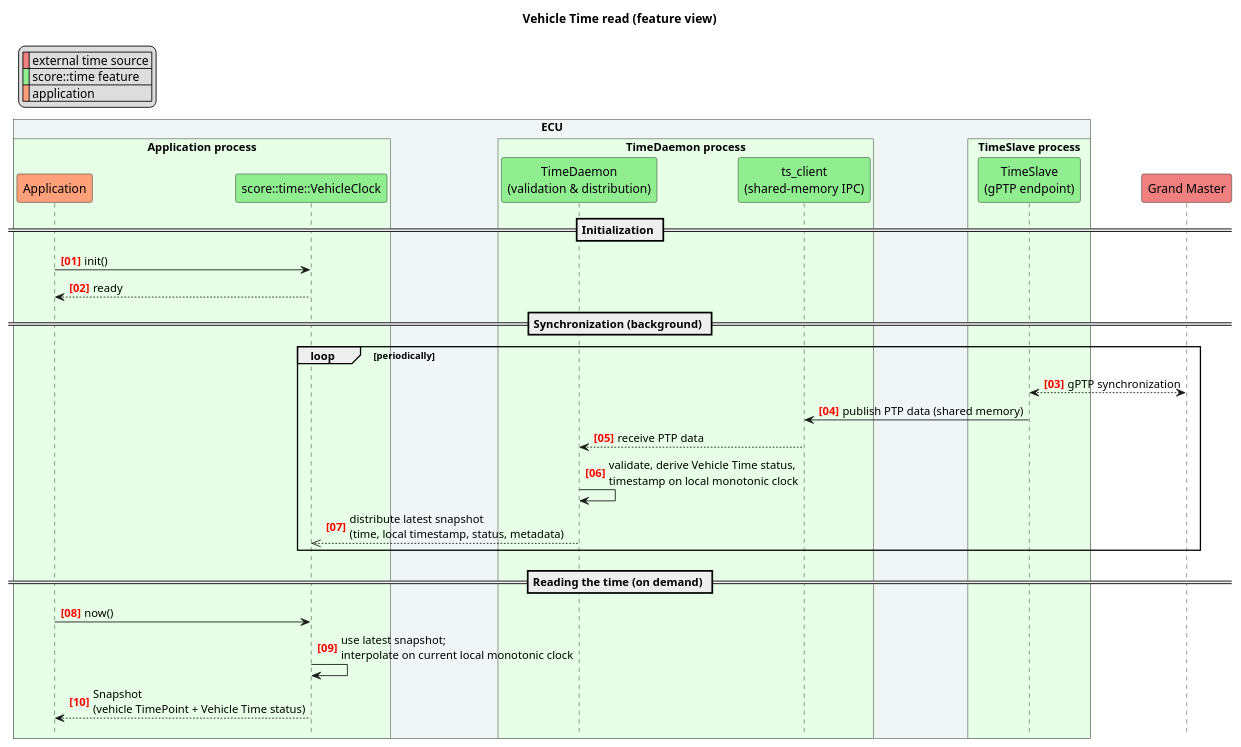
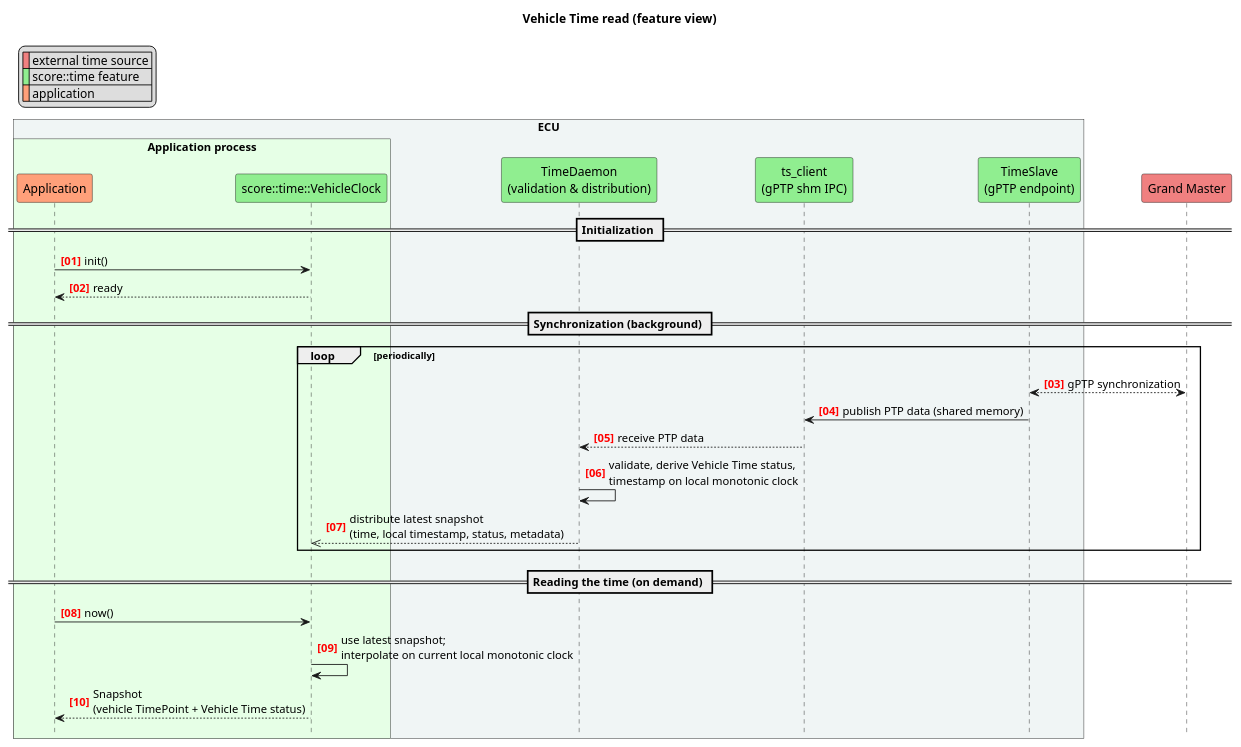
The diagram in docs/features/architecture/_assets/vehicle_time_read_flow.puml (eclipse-score/time), drawn with PlantUML before and after one commit. The commit also changed 5 other files, not shown here.

```diff
--- a/docs/features/architecture/_assets/vehicle_time_read_flow.puml
+++ b/docs/features/architecture/_assets/vehicle_time_read_flow.puml
@@ -14,49 +14,45 @@
 @startuml
 
 hide footbox
 
 autonumber "<font color=red><b>[00]"
 
 title Vehicle Time read (feature view)
 
 legend top left
 | <#LightCoral>  | external time source |
 | <#LightGreen>  | score::time feature  |
 | <#LightSalmon> | application          |
 endlegend
 
 !pragma teoz true
 box "ECU" #f0f5f5
   box "Application process" #e6ffe6
     participant "Application"                      as app  #LightSalmon
     participant "score::time::VehicleClock"        as vc   #LightGreen
   end box
-  box "TimeDaemon process" #e6ffe6
-    participant "TimeDaemon\n(validation & distribution)" as td #LightGreen
-    participant "ts_client\n(shared-memory IPC)" as tsc #LightGreen
-  end box
-  box "TimeSlave process" #e6ffe6
-    participant "TimeSlave\n(gPTP endpoint)" as ts #LightGreen
-  end box
+  participant "TimeDaemon\n(validation & distribution)" as td #LightGreen
+  participant "ts_client\n(gPTP shm IPC)" as tsc #LightGreen
+  participant "TimeSlave\n(gPTP endpoint)" as ts #LightGreen
 end box
 participant "Grand Master" as host #LightCoral
 
 == Initialization ==
 app -> vc : init()
 vc --> app : ready
 
 == Synchronization (background) ==
 loop periodically
   host <--> ts : gPTP synchronization
   ts -> tsc : publish PTP data (shared memory)
   tsc --> td : receive PTP data
   td -> td : validate, derive Vehicle Time status,\ntimestamp on local monotonic clock
   td -->> vc : distribute latest snapshot\n(time, local timestamp, status, metadata)
 end
 
 == Reading the time (on demand) ==
 app -> vc : now()
 vc -> vc : use latest snapshot;\ninterpolate on current local monotonic clock
 vc --> app : Snapshot\n(vehicle TimePoint + Vehicle Time status)
 
 @enduml
```
